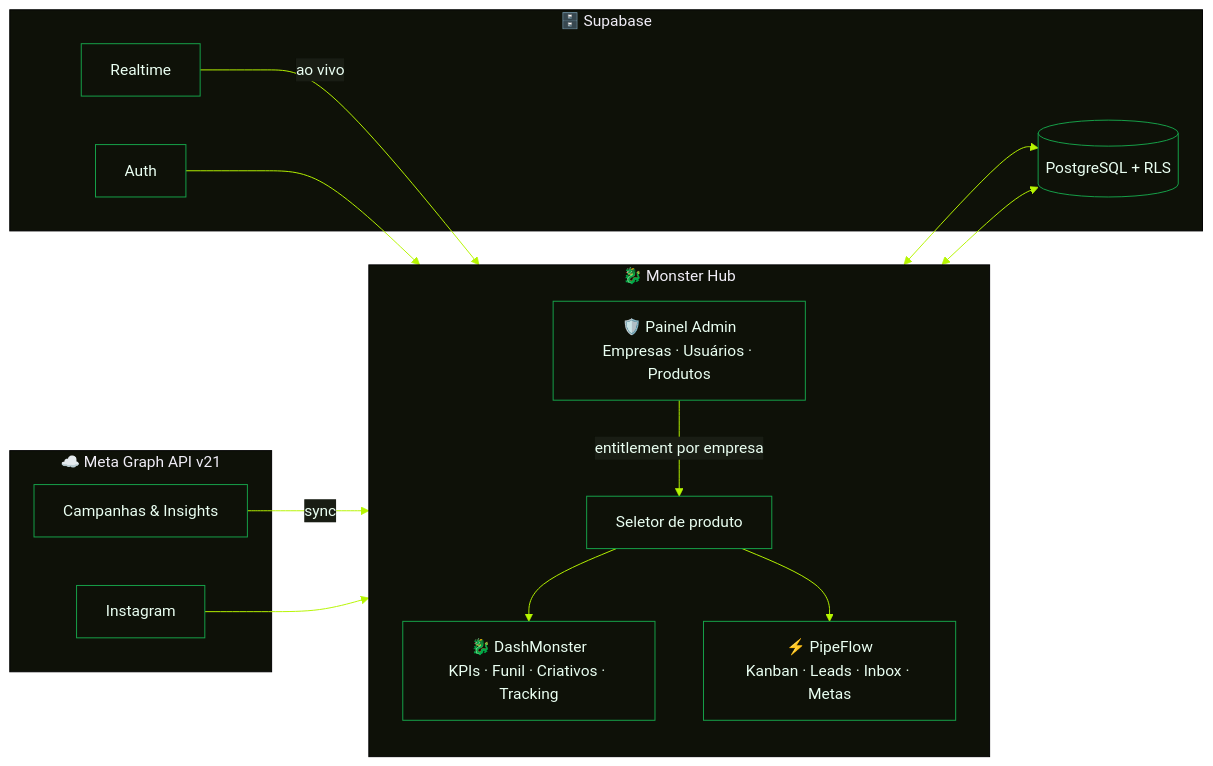
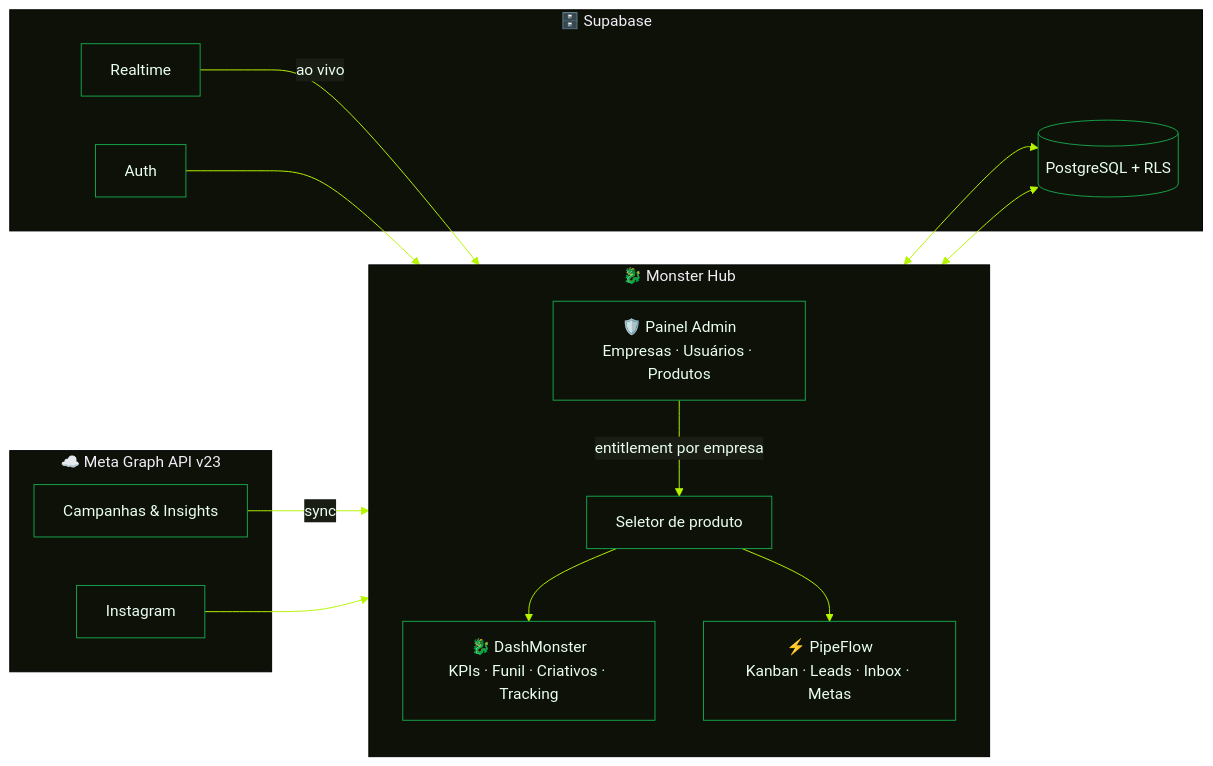
The diagram in README.md (BryanJohn2901/dashmonster), drawn with Mermaid before and after one commit. The commit also changed other lines of this file and 121 other files, not shown here.

````diff
--- a/README.md
+++ b/README.md
@@ -122,32 +122,32 @@
 ```mermaid
 %%{init: {'theme':'base','themeVariables':{'primaryColor':'#0E1108','primaryTextColor':'#EAFFF2','primaryBorderColor':'#16A34A','lineColor':'#B6F500','secondaryColor':'#191D14','tertiaryColor':'#0E1108','fontFamily':'Segoe UI'}}}%%
 flowchart LR
-    subgraph Meta["☁️ Meta Graph API v21"]
+    subgraph Meta["☁️ Meta Graph API v23"]
         ADS[Campanhas & Insights]
         IG[Instagram]
     end
 
     subgraph Hub["🐉 Monster Hub"]
         direction TB
         SEL[Seletor de produto]
         DASH["🐉 DashMonster<br/>KPIs · Funil · Criativos · Tracking"]
         PIPE["⚡ PipeFlow<br/>Kanban · Leads · Inbox · Metas"]
         ADMIN["🛡️ Painel Admin<br/>Empresas · Usuários · Produtos"]
     end
 
     subgraph Supa["🗄️ Supabase"]
         DB[(PostgreSQL + RLS)]
         AUTH[Auth]
         RT[Realtime]
     end
 
     ADS -->|sync| DASH
     IG --> DASH
     SEL --> DASH
     SEL --> PIPE
     ADMIN -->|entitlement por empresa| SEL
     DASH <--> DB
     PIPE <--> DB
     AUTH --> Hub
     RT -->|ao vivo| DASH
 ```
````
